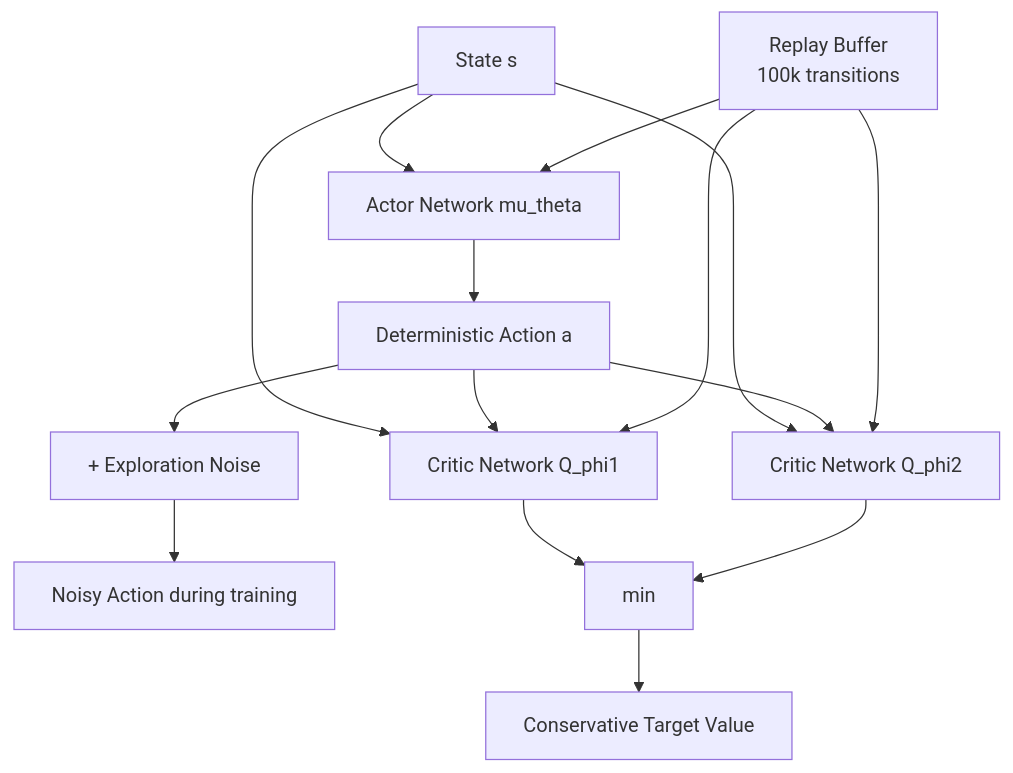
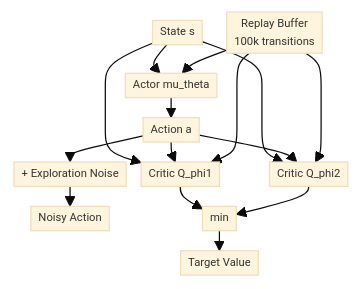
Before and after one commit to kwojdalski/masters_thesis: the fourth of 5 diagrams in thesis/qmd/src/99-appendix.qmd, drawn with Mermaid.

Commit message:
Fix TD3 architecture diagram: shrink size and fix node label syntax
Replace \n with <br/>, add fig-width/fig-height 3.5in, reduce font to 9px
and tighten node/rank spacing. Fixes 'Unsupported markdown: list' error.

````diff
--- a/thesis/qmd/src/99-appendix.qmd
+++ b/thesis/qmd/src/99-appendix.qmd
@@ -312,18 +312,21 @@
 ```{mermaid}
 %%| fig-align: center
+%%| fig-width: 3.5
+%%| fig-height: 3.5
+%%{init: {'theme': 'base', 'themeVariables': {'fontSize': '9px'}, 'flowchart': {'nodeSpacing': 12, 'rankSpacing': 16, 'padding': 3, 'useMaxWidth': true}}}%%
 graph TD
-    S[State s] --> A1[Actor Network mu_theta]
-    A1 --> A2[Deterministic Action a]
+    S[State s] --> A1[Actor mu_theta]
+    A1 --> A2[Action a]
     A2 --> N1[+ Exploration Noise]
-    N1 --> A3[Noisy Action during training]
-    S --> C1[Critic Network Q_phi1]
-    S --> C2[Critic Network Q_phi2]
+    N1 --> A3[Noisy Action]
+    S --> C1[Critic Q_phi1]
+    S --> C2[Critic Q_phi2]
     A2 --> C1
     A2 --> C2
     C1 --> MIN[min]
     C2 --> MIN
-    MIN --> T1[Conservative Target Value]
-    RB[Replay Buffer\n100k transitions] --> C1
+    MIN --> T1[Target Value]
+    RB[Replay Buffer<br/>100k transitions] --> C1
     RB --> C2
     RB --> A1
 ```
````
